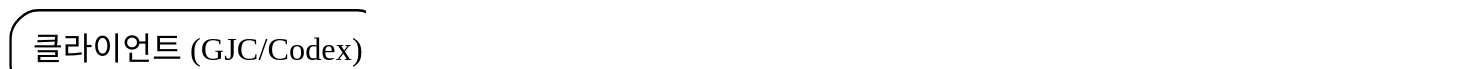
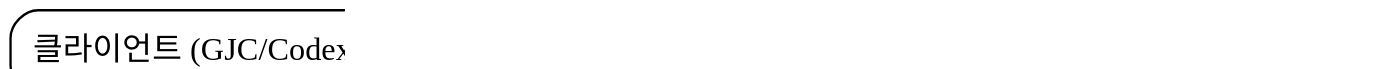
The second of 2 diagrams in skills/image-prompt/references/vector-diagram.md (daeryundf2-prog/lazyargon), drawn with Graphviz before and after one commit. The commit also changed 25 other files, not shown here.

````diff
--- a/skills/image-prompt/references/vector-diagram.md
+++ b/skills/image-prompt/references/vector-diagram.md
@@ -67,15 +67,15 @@
 ```dot
 // arch.dot
 digraph Architecture {
     graph [dpi=300, fontname="Apple SD Gothic Neo", rankdir=LR];
     node [fontname="Apple SD Gothic Neo", shape=box, style=rounded];
     edge [fontname="Apple SD Gothic Neo"];
 
     Client [label="클라이언트 (GJC/Codex)"];
-    Harness [label="LazyAntigravity 하네스"];
-    Engine [label="Gemini 3.8 Flash"];
+    Harness [label="LazyArgon 하네스"];
+    Engine [label="Gemini 4 Argon"];
 
     Client -> Harness [label="요청 위임"];
     Harness -> Engine [label="AWT 궤도 락"];
 }
 ```
````
